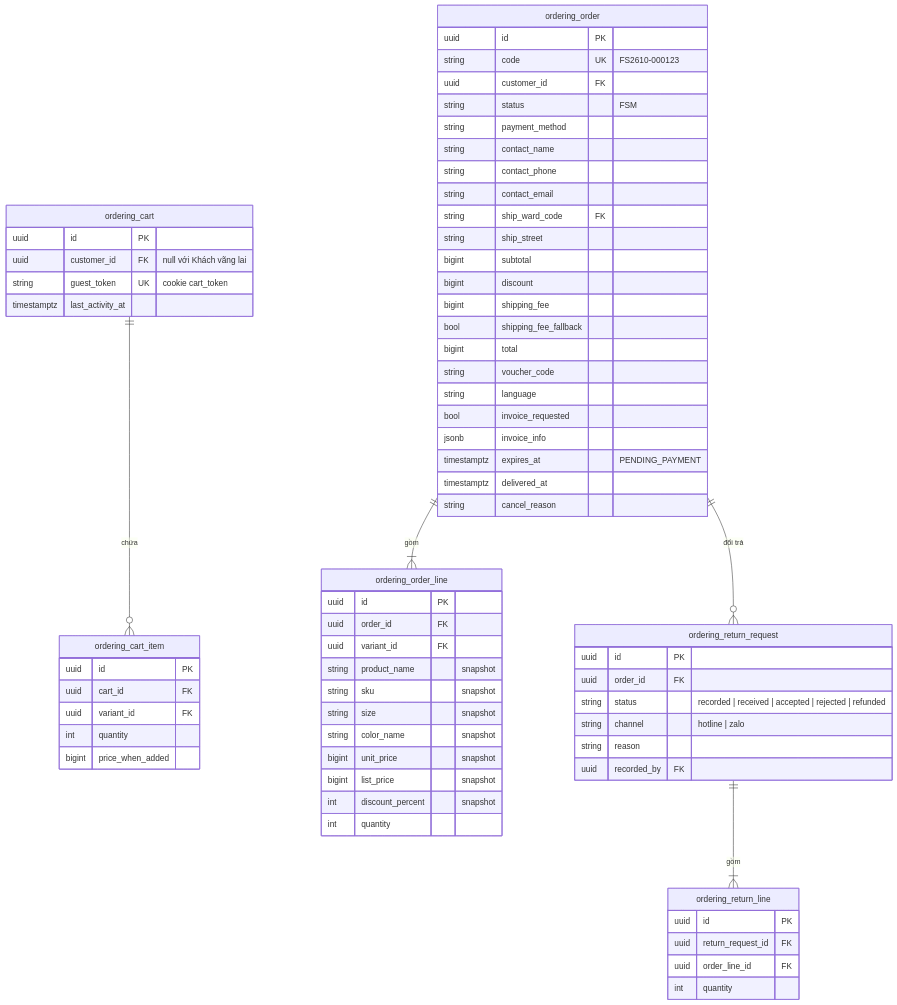
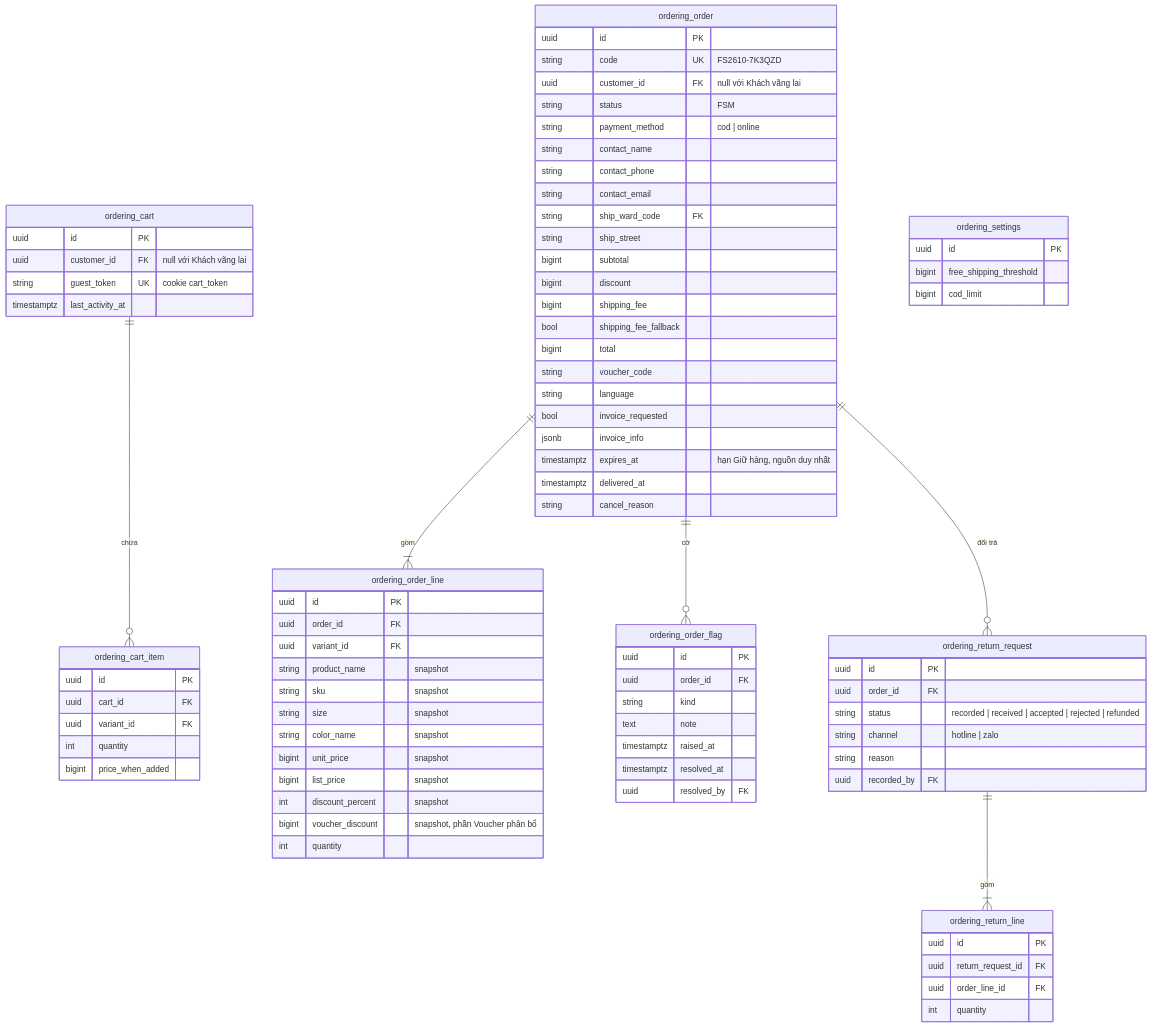
Before and after one commit to LuongCongThanh/boilerplate-ecommerce-next-16: the eighth of 9 diagrams in docs/architecture/03-data-model.md, drawn with Mermaid. The commit also changed other lines of this file and 21 other files, not shown here.

First line of the commit message:
docs: resolve architecture review findings

```diff
--- a/docs/architecture/03-data-model.md
+++ b/docs/architecture/03-data-model.md
@@ -318,6 +350,7 @@
 erDiagram
     ordering_cart ||--o{ ordering_cart_item : "chứa"
     ordering_order ||--|{ ordering_order_line : "gồm"
+    ordering_order ||--o{ ordering_order_flag : "cờ"
     ordering_order ||--o{ ordering_return_request : "đổi trả"
     ordering_return_request ||--|{ ordering_return_line : "gồm"
     ordering_cart {
@@ -335,10 +368,10 @@
     }
     ordering_order {
         uuid id PK
-        string code UK "FS2610-000123"
-        uuid customer_id FK
+        string code UK "FS2610-7K3QZD"
+        uuid customer_id FK "null với Khách vãng lai"
         string status "FSM"
-        string payment_method
+        string payment_method "cod | online"
         string contact_name
         string contact_phone
         string contact_email
@@ -353,9 +386,23 @@
         string language
         bool invoice_requested
         jsonb invoice_info
-        timestamptz expires_at "PENDING_PAYMENT"
+        timestamptz expires_at "hạn Giữ hàng, nguồn duy nhất"
         timestamptz delivered_at
         string cancel_reason
+    }
+    ordering_order_flag {
+        uuid id PK
+        uuid order_id FK
+        string kind
+        text note
+        timestamptz raised_at
+        timestamptz resolved_at
+        uuid resolved_by FK
+    }
+    ordering_settings {
+        uuid id PK
+        bigint free_shipping_threshold
+        bigint cod_limit
     }
     ordering_order_line {
         uuid id PK
@@ -368,6 +415,7 @@
         bigint unit_price "snapshot"
         bigint list_price "snapshot"
         int discount_percent "snapshot"
+        bigint voucher_discount "snapshot, phần Voucher phân bổ"
         int quantity
     }
     ordering_return_request {
```
